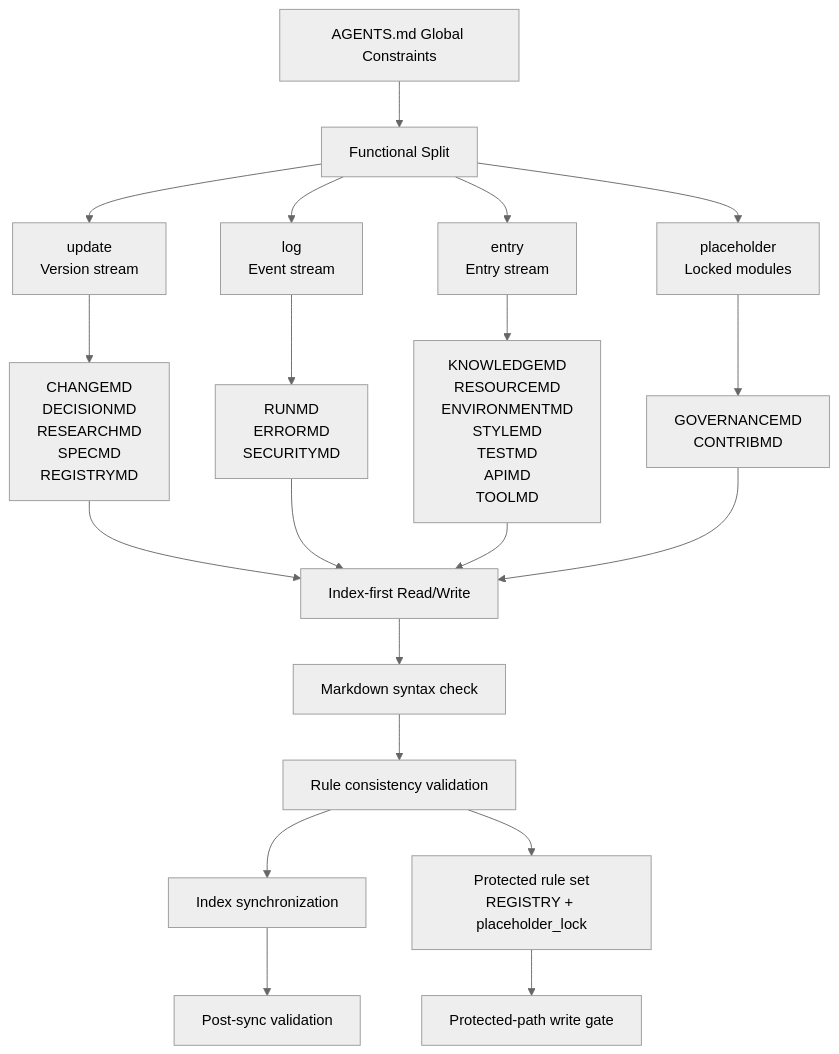
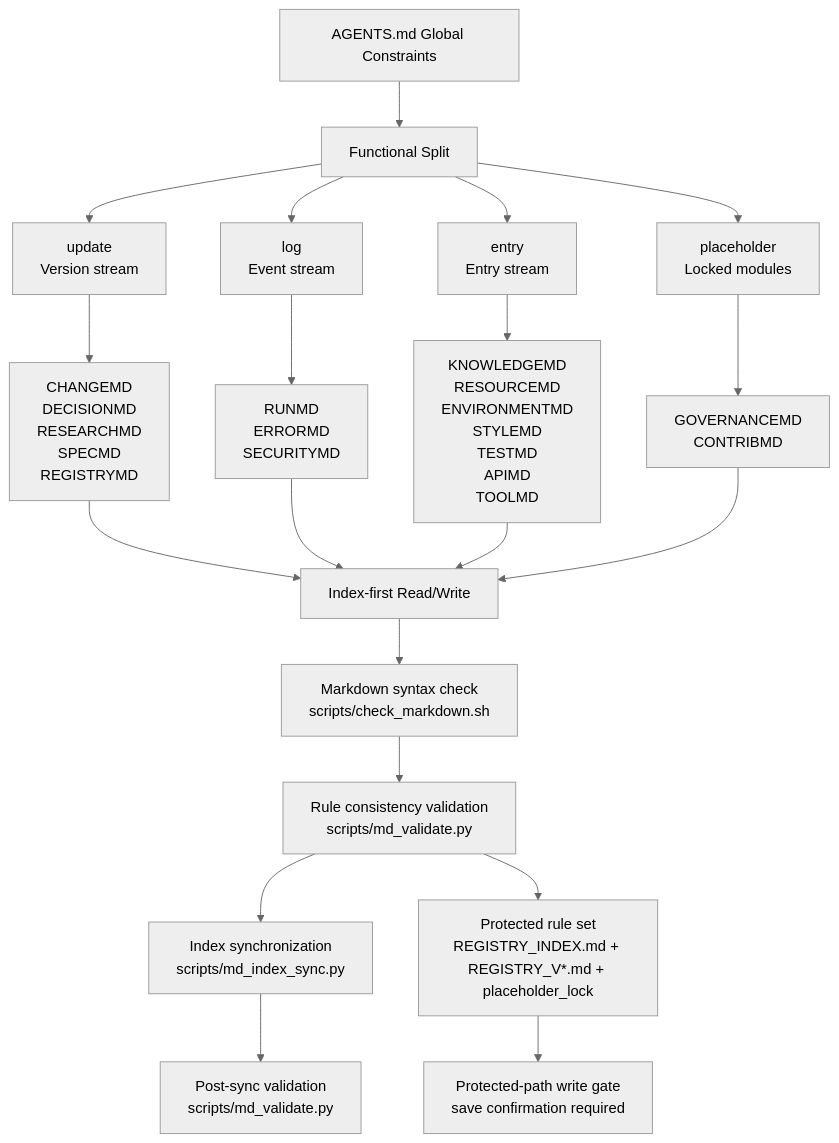
One commit to AIALRA-0/AGENTSMD changed the first of 2 diagrams in README.md. Above: the diagram before and after it, drawn with Mermaid (neutral theme). The commit also changed other lines of this file, not shown here.

Commit message:
docs: include concrete file names in validation and protection flow nodes

````diff
--- a/README.md
+++ b/README.md
@@ -38,26 +38,26 @@
 ```mermaid
 flowchart TD
   A[AGENTS.md Global Constraints] --> B[Functional Split]
   B --> B1[update<br/>Version stream]
   B --> B2[log<br/>Event stream]
   B --> B3[entry<br/>Entry stream]
   B --> BP[placeholder<br/>Locked modules]
 
   B1 --> U1[CHANGEMD<br/>DECISIONMD<br/>RESEARCHMD<br/>SPECMD<br/>REGISTRYMD]
   B2 --> U2[RUNMD<br/>ERRORMD<br/>SECURITYMD]
   B3 --> U3[KNOWLEDGEMD<br/>RESOURCEMD<br/>ENVIRONMENTMD<br/>STYLEMD<br/>TESTMD<br/>APIMD<br/>TOOLMD]
   BP --> U4[GOVERNANCEMD<br/>CONTRIBMD]
 
   U1 --> C[Index-first Read/Write]
   U2 --> C
   U3 --> C
   U4 --> C
 
-  C --> D[Markdown syntax check]
-  D --> E[Rule consistency validation]
-  E --> F[Index synchronization]
-  F --> G[Post-sync validation]
+  C --> D[Markdown syntax check<br/>scripts/check_markdown.sh]
+  D --> E[Rule consistency validation<br/>scripts/md_validate.py]
+  E --> F[Index synchronization<br/>scripts/md_index_sync.py]
+  F --> G[Post-sync validation<br/>scripts/md_validate.py]
 
-  E --> H[Protected rule set<br/>REGISTRY + placeholder_lock]
-  H --> I[Protected-path write gate]
+  E --> H[Protected rule set<br/>REGISTRY_INDEX.md + REGISTRY_V*.md + placeholder_lock]
+  H --> I[Protected-path write gate<br/>save confirmation required]
 ```
````
